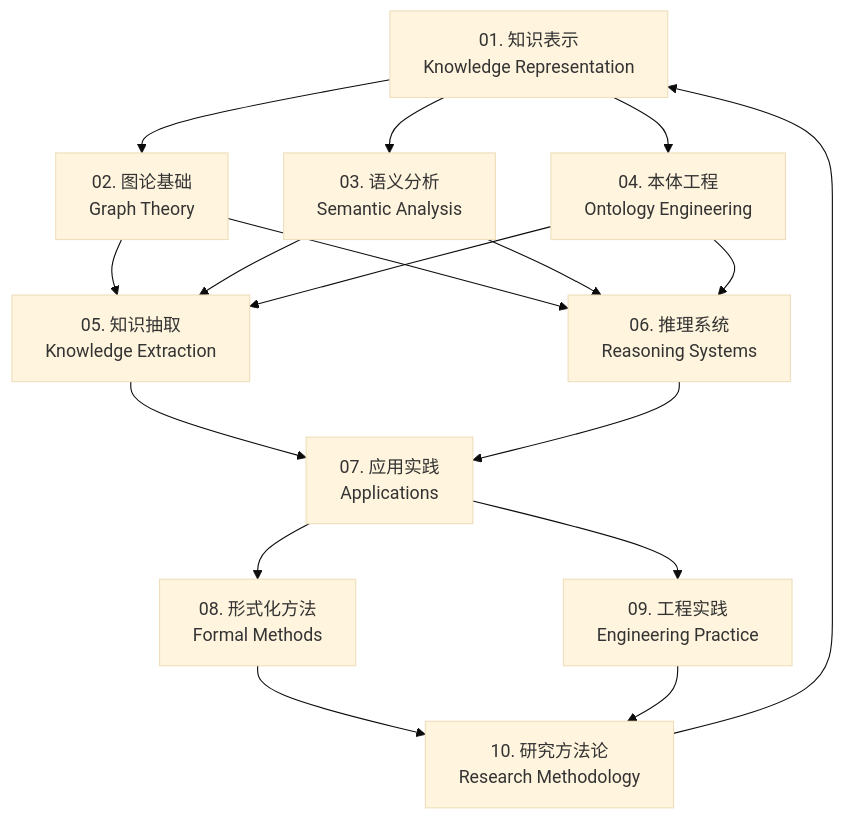
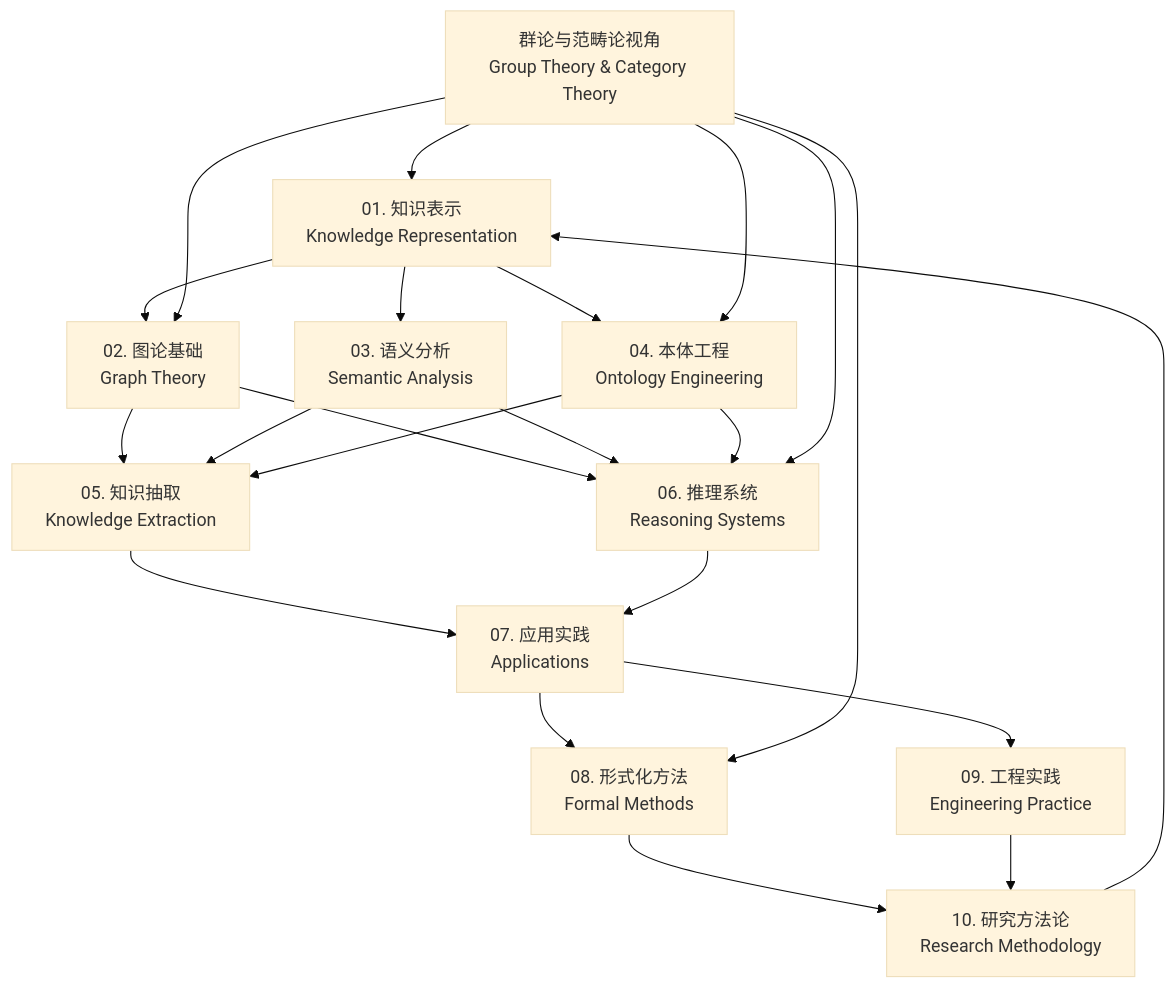
One commit to AdaMartin18010/KnowledgeGraph changed the diagram in docs/KNOWLEDGE_GRAPH_INDEX.md. Above: the diagram before and after it, drawn with Mermaid (base theme). The commit also changed other lines of this file and 8 other files, not shown here.

````diff
--- a/docs/KNOWLEDGE_GRAPH_INDEX.md
+++ b/docs/KNOWLEDGE_GRAPH_INDEX.md
@@ -7,26 +7,33 @@
 ```mermaid
 graph TD
     A[01. 知识表示<br/>Knowledge Representation] --> B[02. 图论基础<br/>Graph Theory]
     A --> C[03. 语义分析<br/>Semantic Analysis]
     A --> D[04. 本体工程<br/>Ontology Engineering]
     
     B --> E[05. 知识抽取<br/>Knowledge Extraction]
     B --> F[06. 推理系统<br/>Reasoning Systems]
     
     C --> E
     C --> F
     
     D --> E
     D --> F
     
     E --> G[07. 应用实践<br/>Applications]
     F --> G
     
     G --> H[08. 形式化方法<br/>Formal Methods]
     G --> I[09. 工程实践<br/>Engineering Practice]
     
     H --> J[10. 研究方法论<br/>Research Methodology]
     I --> J
     
     J --> A
+    
+    %% 群论与范畴论视角
+    K[群论与范畴论视角<br/>Group Theory & Category Theory] --> A
+    K --> B
+    K --> D
+    K --> F
+    K --> H
 ```
````
